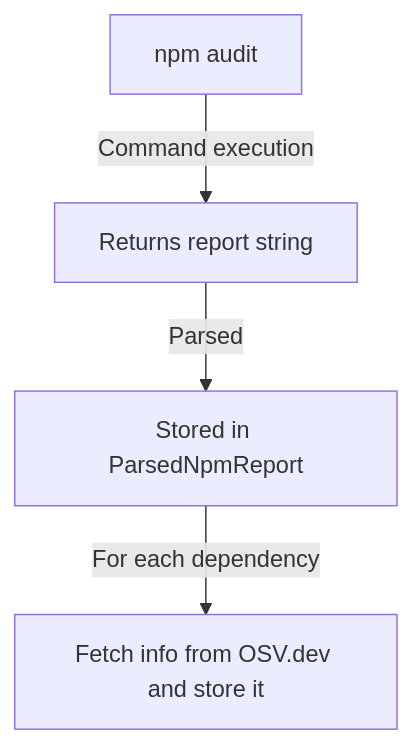
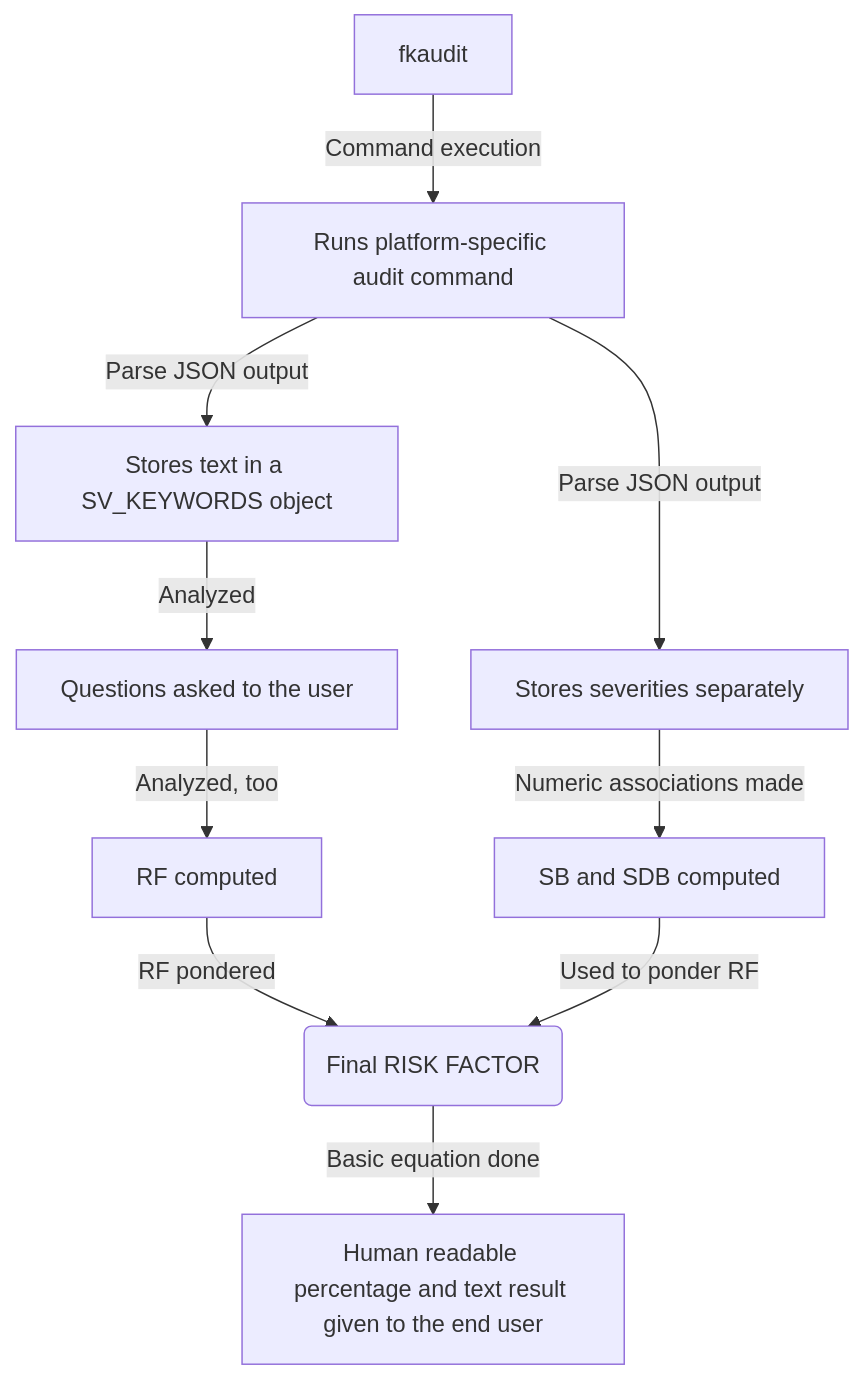
The first of 3 diagrams in docs/learn/audit.md (FuckingNode/fuckingnode.github.io), drawn with Mermaid before and after one commit. The commit also changed other lines of this file and 7 other files, not shown here.

````diff
--- a/docs/learn/audit.md
+++ b/docs/learn/audit.md
@@ -39,6 +30,12 @@
 ```mermaid
 graph TD
-    A[npm audit] -->|Command execution| B[Returns report string]
-    B -->|Parsed| C[Stored in ParsedNpmReport]
-    C -->|For each dependency| D[Fetch info from OSV.dev and store it]
+    A[fkaudit] -->|Command execution| B[Runs platform-specific audit command]
+    B -->|Parse JSON output| C[Stores text in a SV_KEYWORDS object]
+    B -->|Parse JSON output| G[Stores severities separately]
+    C -->|Analyzed| D[Questions asked to the user]
+    D -->|Analyzed, too| E[RF computed]
+    E -->|RF pondered| H(Final RISK FACTOR)
+    G -->|Numeric associations made| J[SB and SDB computed]
+    J -->|Used to ponder RF| H
+    H -->|Basic equation done| K[Human readable percentage and text result given to the end user]
 ```
````
